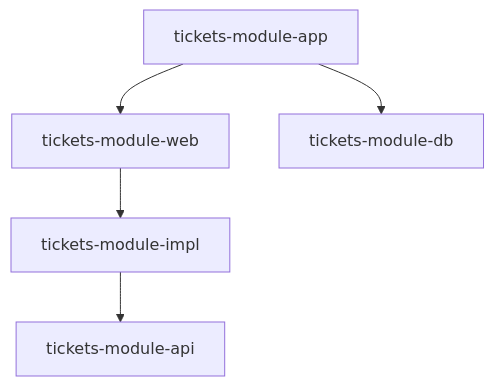
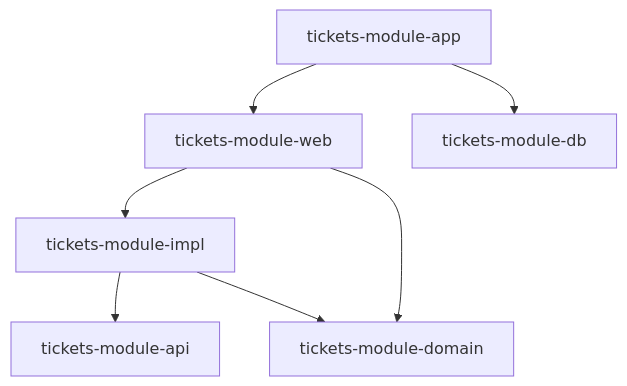
One commit to SokolovAndr/tickets-module changed the diagram in README.md. Above: the diagram before and after it, drawn with Mermaid. The commit also changed other lines of this file and 3 other files, not shown here.

````diff
--- a/README.md
+++ b/README.md
@@ -71,7 +73,9 @@
 ```mermaid
 graph TD
     APP[tickets-module-app] --> WEB[tickets-module-web]
     APP --> DB[tickets-module-db]
     WEB --> IMPL[tickets-module-impl]
+    WEB --> DOMAIN[tickets-module-domain]
     IMPL --> API[tickets-module-api]
+    IMPL --> DOMAIN[tickets-module-domain]
 ```
````
